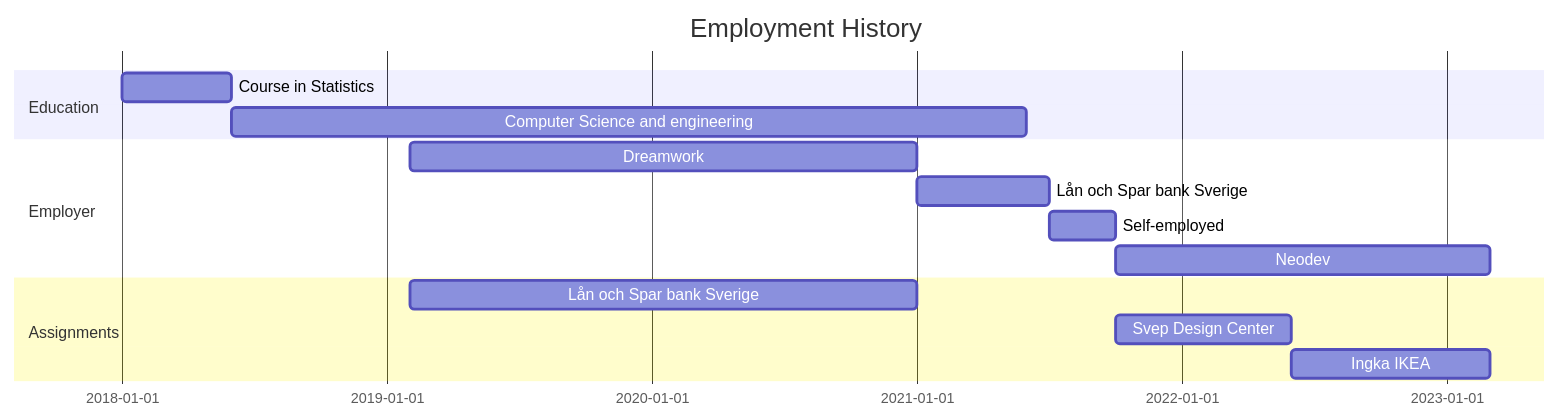
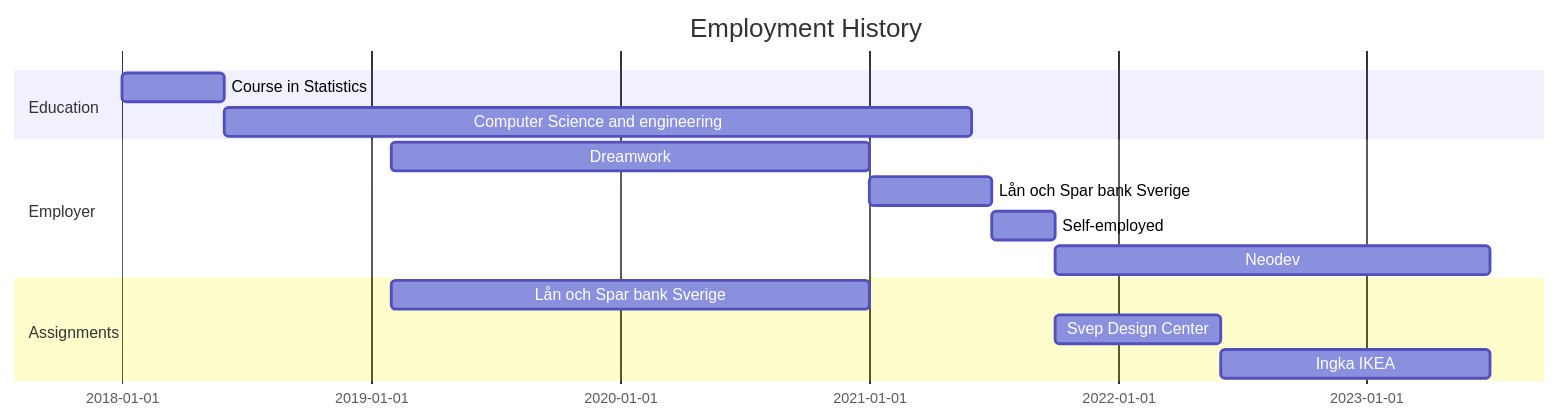
The diagram in employment-diagram.md (ridulfo/nicolo.se), drawn with Mermaid before and after one commit. The commit also changed 7 other files, not shown here.

````diff
--- a/employment-diagram.md
+++ b/employment-diagram.md
@@ -1,18 +1,18 @@
 ```mermaid
 gantt
     title Employment History
     todayMarker off
     dateFormat  YYYY-MM-DD
     section Education
     Course in Statistics             :2018-01-01, 2018-06-01
     Computer Science and engineering :2018-06-01, 2021-06-01
     section Employer
     Dreamwork                        :2019-02-01, 2021-01-01
     Lån och Spar bank Sverige        :2021-01-01, 2021-07-01
     Self-employed                    :2021-07-01, 2021-10-01 
-    Neodev                           :2021-10-01, 2023-03-01
+    Neodev                           :2021-10-01, 2023-07-01
     section Assignments
     Lån och Spar bank Sverige        :2019-02-01, 2021-01-01
     Svep Design Center               :2021-10-01, 2022-06-01
-    Ingka IKEA                       :2022-06-01, 2023-03-01
+    Ingka IKEA                       :2022-06-01, 2023-07-01
 ```
````
